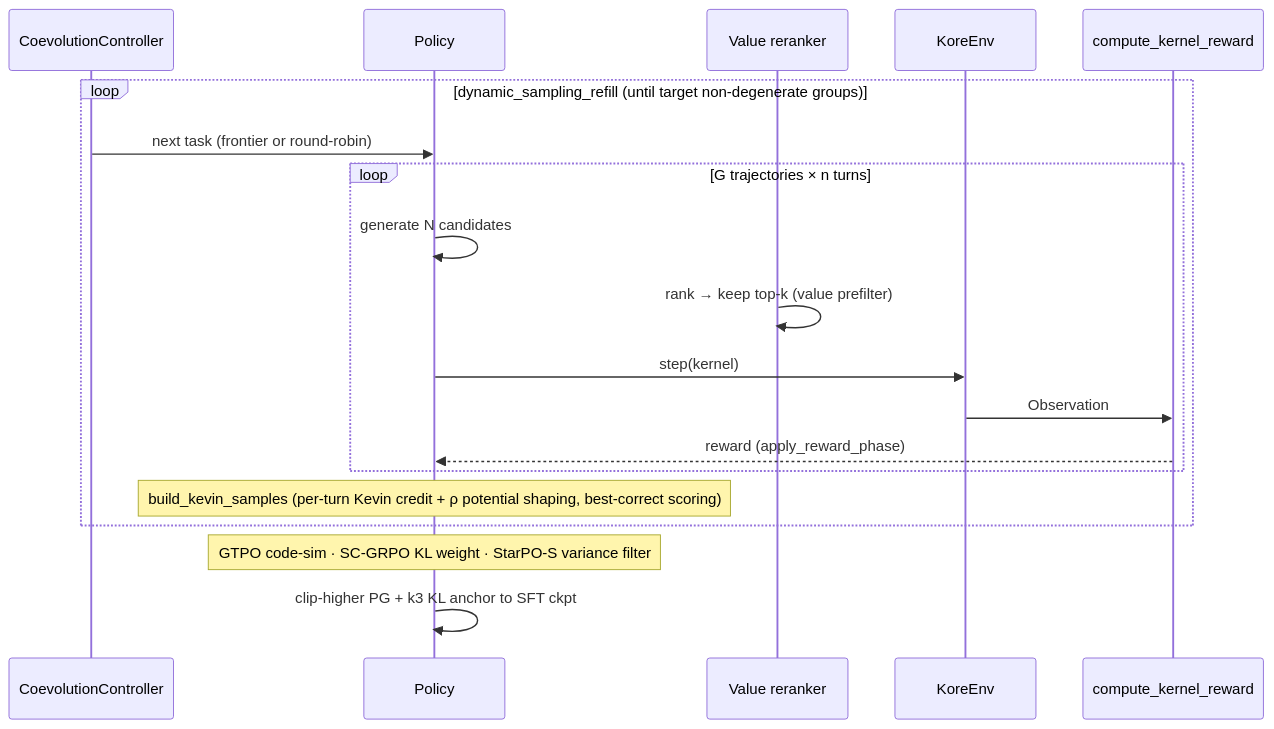
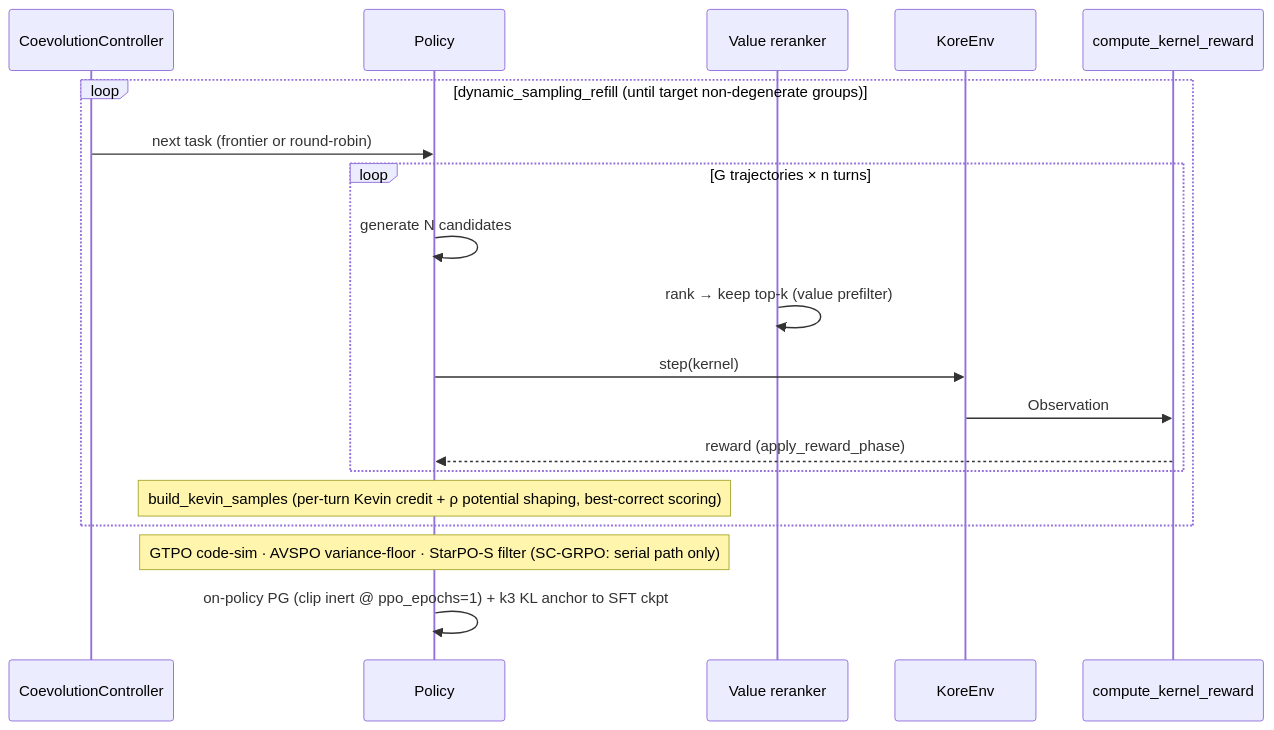
Before and after one commit to amd-shasriva/KORE: the second of 2 diagrams in kore/policy/README.md, drawn with Mermaid. The commit also changed other lines of this file and 58 other files, not shown here.

````diff
--- a/kore/policy/README.md
+++ b/kore/policy/README.md
@@ -42,21 +42,21 @@
 ```mermaid
 sequenceDiagram
   participant Ctrl as CoevolutionController
   participant Pol as Policy
   participant Val as Value reranker
   participant Env as KoreEnv
   participant Rew as compute_kernel_reward
   loop dynamic_sampling_refill (until target non-degenerate groups)
     Ctrl->>Pol: next task (frontier or round-robin)
     loop G trajectories × n turns
       Pol->>Pol: generate N candidates
       Val->>Val: rank → keep top-k (value prefilter)
       Pol->>Env: step(kernel)
       Env->>Rew: Observation
       Rew-->>Pol: reward (apply_reward_phase)
     end
     Note over Pol: build_kevin_samples (per-turn Kevin credit + ρ potential shaping, best-correct scoring)
   end
-  Note over Pol: GTPO code-sim · SC-GRPO KL weight · StarPO-S variance filter
-  Pol->>Pol: clip-higher PG + k3 KL anchor to SFT ckpt
+  Note over Pol: GTPO code-sim · AVSPO variance-floor · StarPO-S filter (SC-GRPO: serial path only)
+  Pol->>Pol: on-policy PG (clip inert @ ppo_epochs=1) + k3 KL anchor to SFT ckpt
 ```
````
